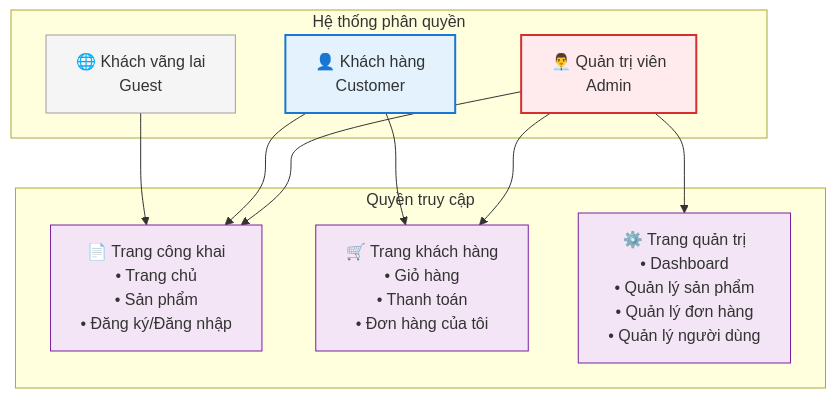
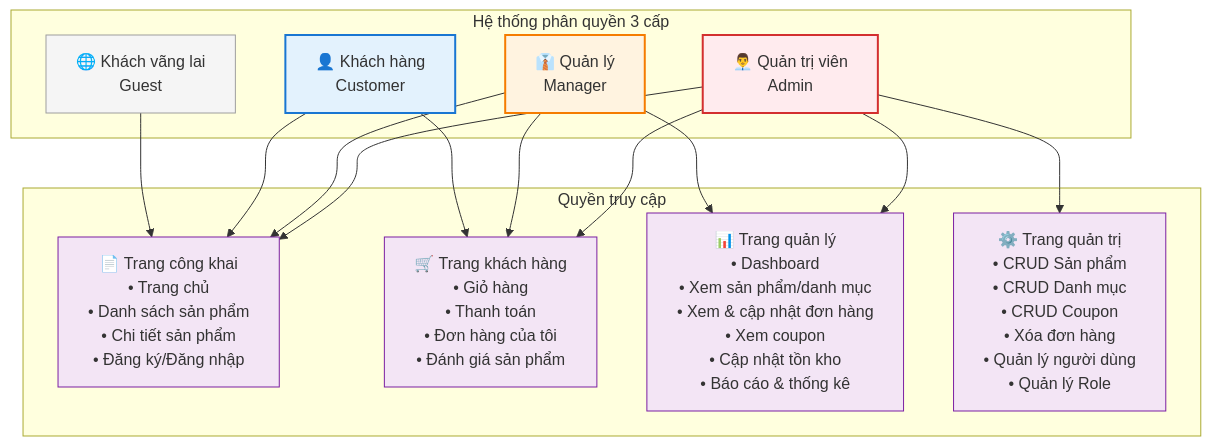
Diagram 14 of 15 in docs/COMPLETE_USE_CASES.md (vinhhoang04cp/webshop), drawn with Mermaid before and after one commit. The commit also changed other lines of this file, not shown here.

````diff
--- a/docs/COMPLETE_USE_CASES.md
+++ b/docs/COMPLETE_USE_CASES.md
@@ -789,33 +1145,42 @@
 ```mermaid
 graph TB
-    subgraph "Hệ thống phân quyền"
+    subgraph "Hệ thống phân quyền 3 cấp"
         Guest[🌐 Khách vãng lai<br/>Guest]
         Customer[👤 Khách hàng<br/>Customer]
+        Manager[👔 Quản lý<br/>Manager]
         Admin[👨‍💼 Quản trị viên<br/>Admin]
     end
     
     subgraph "Quyền truy cập"
-        PublicPages[📄 Trang công khai<br/>• Trang chủ<br/>• Sản phẩm<br/>• Đăng ký/Đăng nhập]
+        PublicPages[📄 Trang công khai<br/>• Trang chủ<br/>• Danh sách sản phẩm<br/>• Chi tiết sản phẩm<br/>• Đăng ký/Đăng nhập]
         
-        CustomerPages[🛒 Trang khách hàng<br/>• Giỏ hàng<br/>• Thanh toán<br/>• Đơn hàng của tôi]
+        CustomerPages[🛒 Trang khách hàng<br/>• Giỏ hàng<br/>• Thanh toán<br/>• Đơn hàng của tôi<br/>• Đánh giá sản phẩm]
         
-        AdminPages[⚙️ Trang quản trị<br/>• Dashboard<br/>• Quản lý sản phẩm<br/>• Quản lý đơn hàng<br/>• Quản lý người dùng]
+        ManagerPages[📊 Trang quản lý<br/>• Dashboard<br/>• Xem sản phẩm/danh mục<br/>• Xem & cập nhật đơn hàng<br/>• Xem coupon<br/>• Cập nhật tồn kho<br/>• Báo cáo & thống kê]
+        
+        AdminPages[⚙️ Trang quản trị<br/>• CRUD Sản phẩm<br/>• CRUD Danh mục<br/>• CRUD Coupon<br/>• Xóa đơn hàng<br/>• Quản lý người dùng<br/>• Quản lý Role]
     end
     
     Guest --> PublicPages
     Customer --> PublicPages
     Customer --> CustomerPages
+    Manager --> PublicPages
+    Manager --> CustomerPages
+    Manager --> ManagerPages
     Admin --> PublicPages
     Admin --> CustomerPages
+    Admin --> ManagerPages
     Admin --> AdminPages
     
     classDef guest fill:#f5f5f5,stroke:#9e9e9e,stroke-width:1px
     classDef customer fill:#e3f2fd,stroke:#1976d2,stroke-width:2px
+    classDef manager fill:#fff3e0,stroke:#f57c00,stroke-width:2px
     classDef admin fill:#ffebee,stroke:#d32f2f,stroke-width:2px
     classDef pages fill:#f3e5f5,stroke:#7b1fa2,stroke-width:1px
     
     class Guest guest
     class Customer customer
+    class Manager manager
     class Admin admin
-    class PublicPages,CustomerPages,AdminPages pages
+    class PublicPages,CustomerPages,ManagerPages,AdminPages pages
 ```
````
